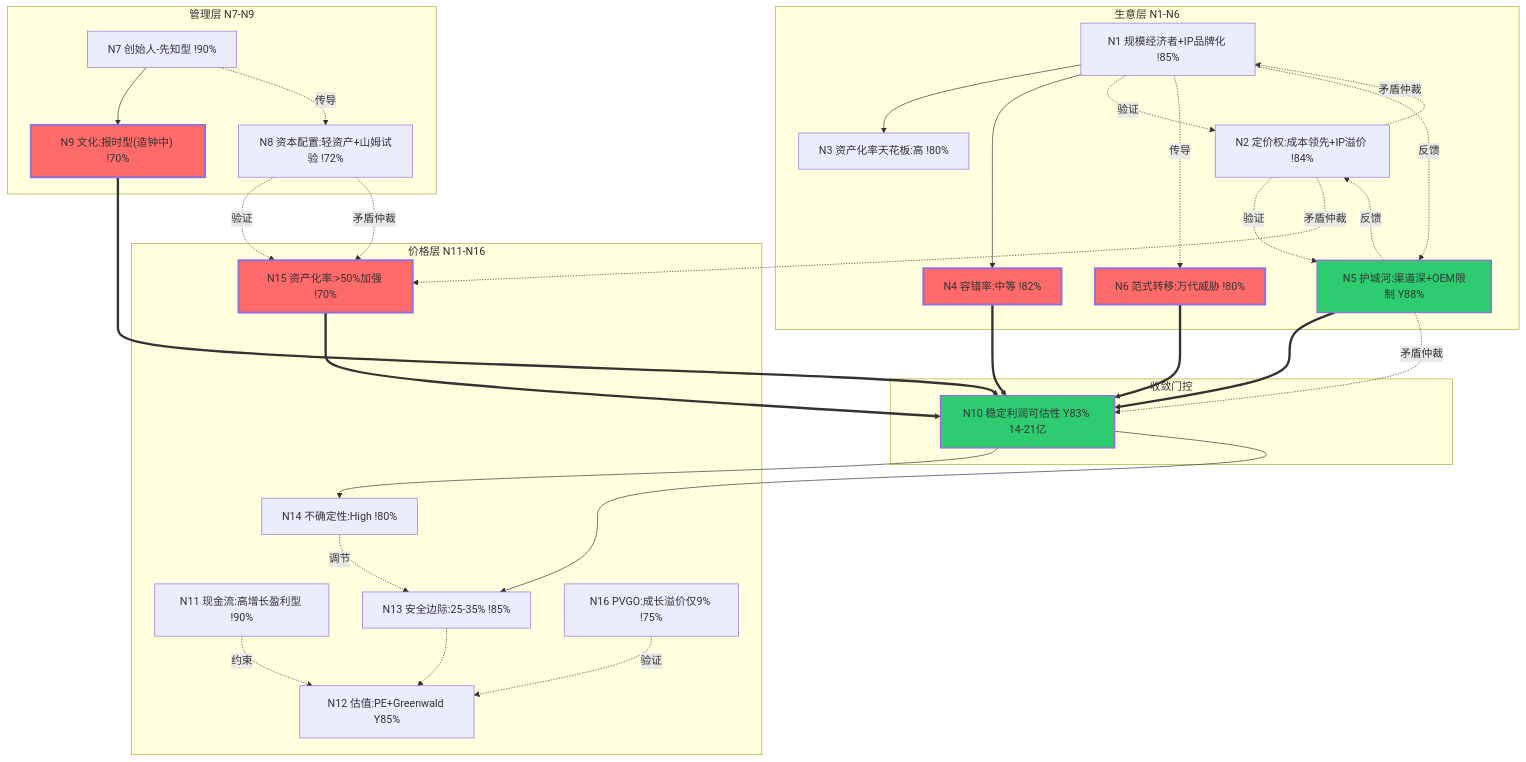
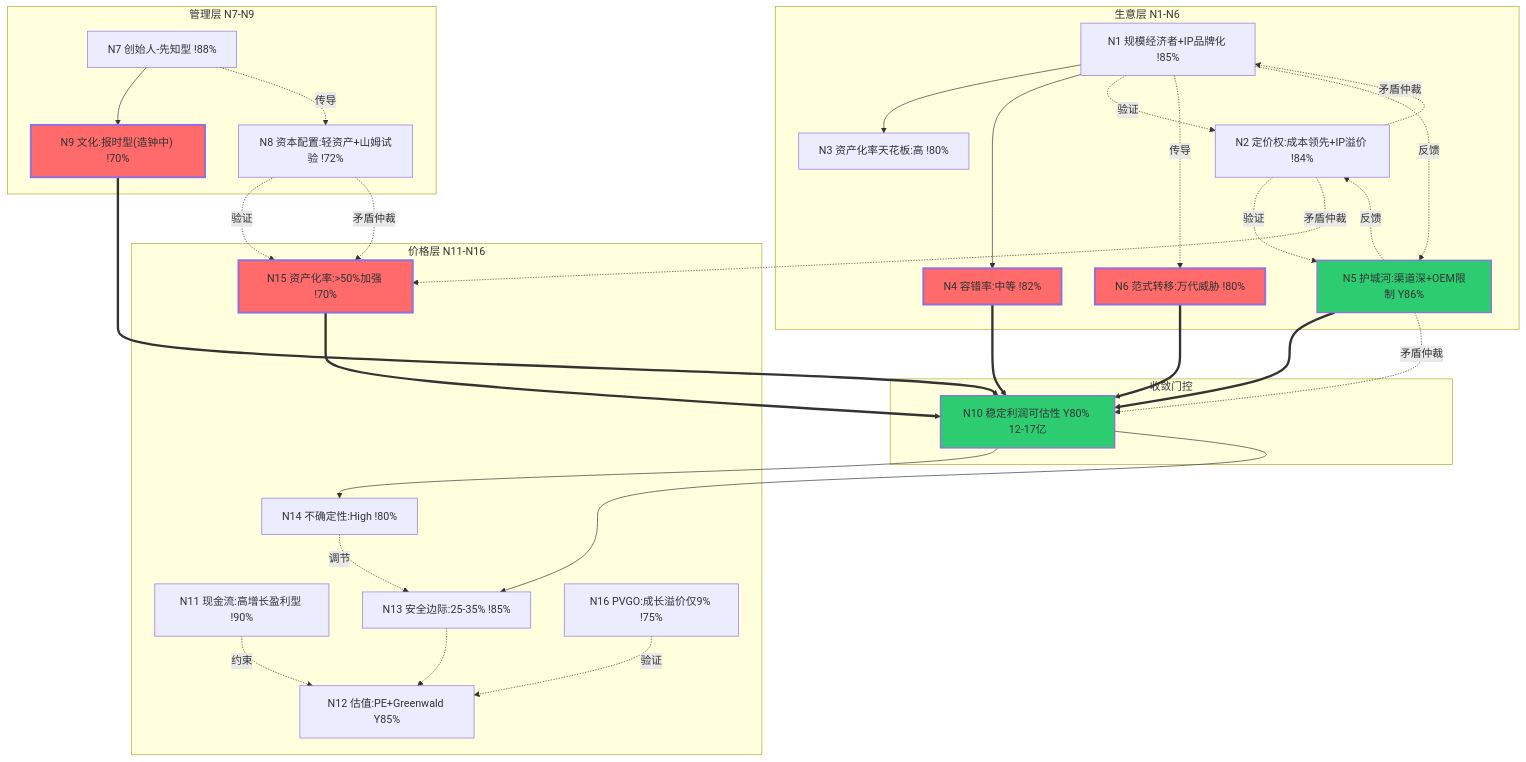
The diagram in 布鲁可/企业主页.md (winterswang/company_card), drawn with Mermaid before and after one commit. The commit also changed other lines of this file, not shown here.

````diff
--- a/布鲁可/企业主页.md
+++ b/布鲁可/企业主页.md
@@ -26,64 +26,64 @@
 ```mermaid
 flowchart TB
     classDef bearing fill:#ff6b6b,stroke-width:3px
     classDef gate fill:#ffa502,stroke-width:3px
     classDef confirmed fill:#2ecc71,stroke-width:2px
 
     subgraph S1["生意层 N1-N6"]
         N1["N1 规模经济者+IP品牌化 !85%"]
         N2["N2 定价权:成本领先+IP溢价 !84%"]
         N3["N3 资产化率天花板:高 !80%"]
         N4["N4 容错率:中等 !82%"]
-        N5["N5 护城河:渠道深+OEM限制 Y88%"]
+        N5["N5 护城河:渠道深+OEM限制 Y86%"]
         N6["N6 范式转移:万代威胁 !80%"]
     end
 
     subgraph S2["管理层 N7-N9"]
-        N7["N7 创始人-先知型 !90%"]
+        N7["N7 创始人-先知型 !88%"]
         N8["N8 资本配置:轻资产+山姆试验 !72%"]
         N9["N9 文化:报时型(造钟中) !70%"]
     end
 
     subgraph S3["收敛门控"]
-        N10["N10 稳定利润可估性 Y83% 14-21亿"]
+        N10["N10 稳定利润可估性 Y80% 12-17亿"]
     end
 
     subgraph S4["价格层 N11-N16"]
         N11["N11 现金流:高增长盈利型 !90%"]
         N12["N12 估值:PE+Greenwald Y85%"]
         N13["N13 安全边际:25-35% !85%"]
         N14["N14 不确定性:High !80%"]
         N15["N15 资产化率:>50%加强 !70%"]
         N16["N16 PVGO:成长溢价仅9% !75%"]
     end
 
     N1 --> N3
     N1 --> N4
     N1 -.->|验证| N2
     N2 -.->|验证| N5
     N1 -.->|传导| N6
     N4 ==> N10
     N5 ==> N10
     N6 ==> N10
     N15 ==> N10
     N9 ==> N10
     N7 --> N9
     N7 -.->|传导| N8
     N8 -.->|验证| N15
     N11 -.->|约束| N12
     N13 -.-> N12
     N14 -.->|调节| N13
     N16 -.->|验证| N12
     N10 --> N14
     N10 --> N13
     N2 -.->|矛盾仲裁| N15
     N5 -.->|矛盾仲裁| N10
     N8 -.->|矛盾仲裁| N15
     N2 -.->|矛盾仲裁| N1
     N5 -.->|反馈| N2
     N1 -.->|反馈| N5
 
     class N4,N5,N6,N9,N15 bearing
     class N10 gate
     class N5,N10 confirmed
 ```
````
